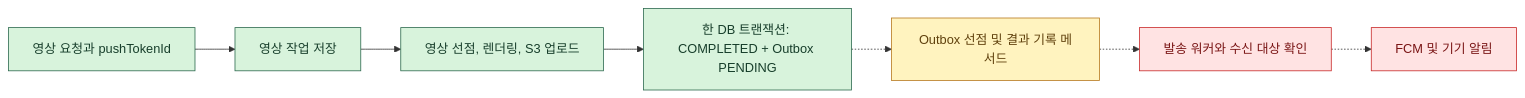
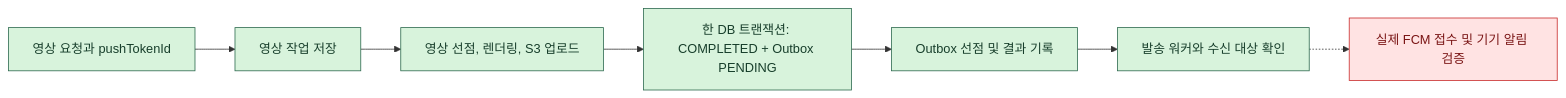
One commit to woowacourse-teams/2026-Mapmory changed the first of 3 diagrams in backend/docs/notification-team-guide.md. Above: the diagram before and after it, drawn with Mermaid. The commit also changed other lines of this file and 19 other files, not shown here.

````diff
--- a/backend/docs/notification-team-guide.md
+++ b/backend/docs/notification-team-guide.md
@@ -18,15 +18,14 @@
 ```mermaid
 flowchart LR
     request["영상 요청과 pushTokenId"] --> job["영상 작업 저장"]
     job --> render["영상 선점, 렌더링, S3 업로드"]
     render --> tx["한 DB 트랜잭션: COMPLETED + Outbox PENDING"]
-    tx -.-> claim["Outbox 선점 및 결과 기록 메서드"]
-    claim -.-> worker["발송 워커와 수신 대상 확인"]
-    worker -.-> fcm["FCM 및 기기 알림"]
+    tx --> claim["Outbox 선점 및 결과 기록"]
+    claim --> worker["발송 워커와 수신 대상 확인"]
+    worker -.-> fcm["실제 FCM 접수 및 기기 알림 검증"]
     classDef done fill:#d8f3dc,stroke:#2d6a4f,color:#173e2b
     classDef partial fill:#fff3bf,stroke:#b7791f,color:#60410d
     classDef missing fill:#ffe3e3,stroke:#c92a2a,color:#7a1515
-    class request,job,render,tx done
-    class claim partial
-    class worker,fcm missing
+    class request,job,render,tx,claim,worker done
+    class fcm missing
 ```
````
